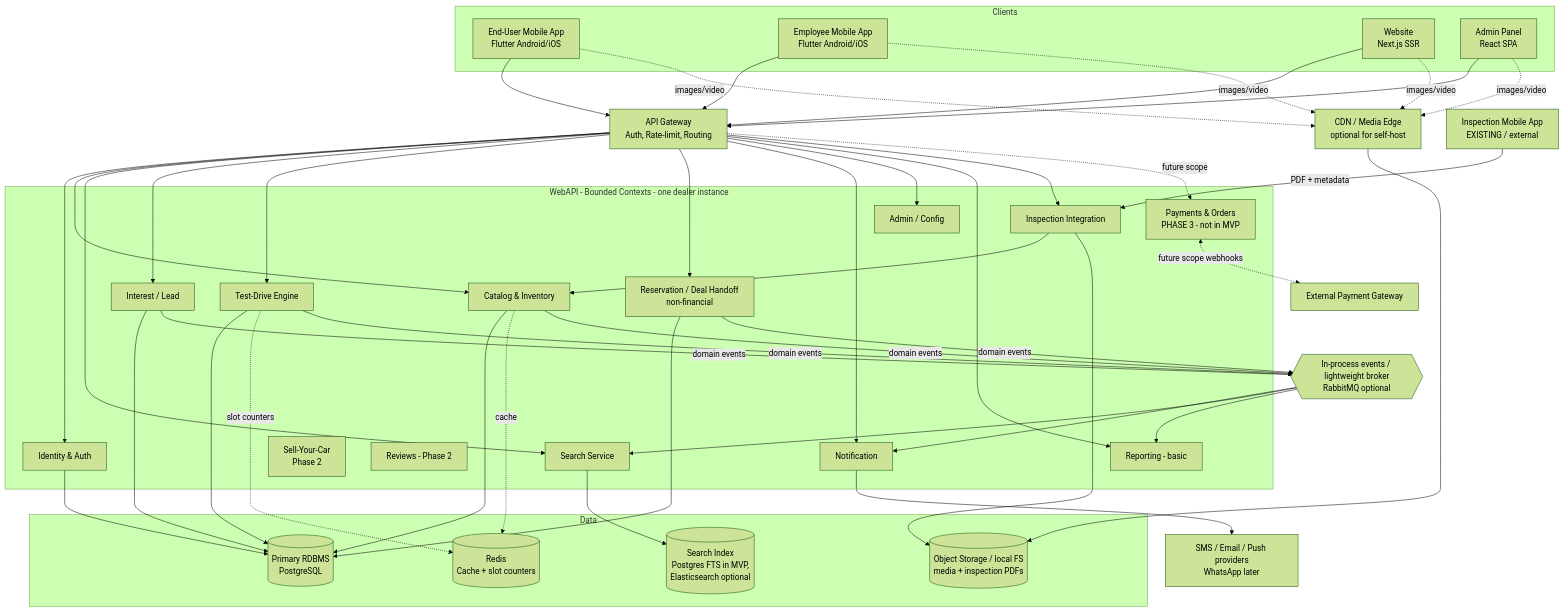
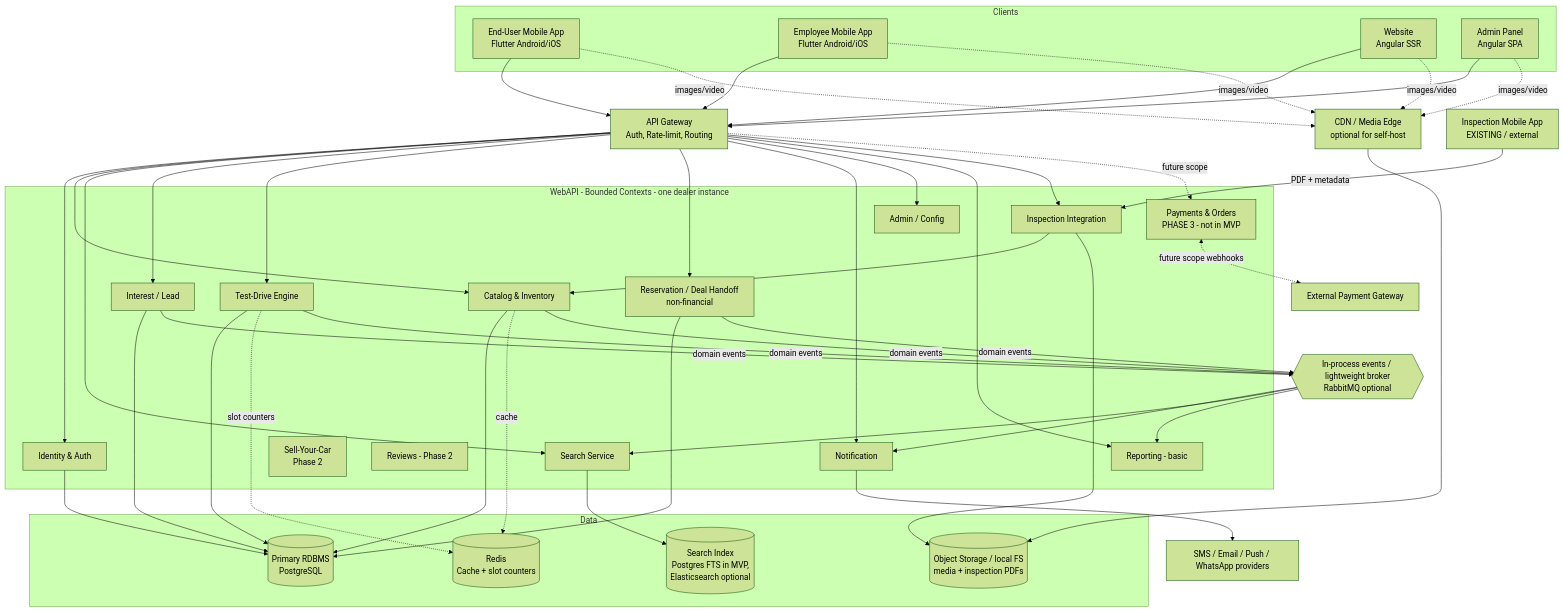
The second of 27 diagrams in Docs/Solution-Design-Document.md (NiladriPadhy/AssureCars), drawn with Mermaid (forest theme) before and after one commit. The commit also changed other lines of this file and 6 other files, not shown here.

Commit message:
docs: update README, API documentation, and Solution Design Document to reflect version 3.0 changes, including buyer hub visibility, staff-only reservation model, unified roles, and finalized web stack; enhance user experience with WhatsApp notifications and 40 km service radius for test drives

````diff
--- a/Docs/Solution-Design-Document.md
+++ b/Docs/Solution-Design-Document.md
@@ -225,63 +226,63 @@
 ```mermaid
 flowchart TB
     subgraph Clients
         UA[End-User Mobile App<br/>Flutter Android/iOS]
         EA[Employee Mobile App<br/>Flutter Android/iOS]
-        WEB[Website<br/>Next.js SSR]
-        ADM[Admin Panel<br/>React SPA]
+        WEB[Website<br/>Angular SSR]
+        ADM[Admin Panel<br/>Angular SPA]
     end
 
     CDN[CDN / Media Edge<br/>optional for self-host]
     GW[API Gateway<br/>Auth, Rate-limit, Routing]
 
     subgraph Backend[WebAPI - Bounded Contexts - one dealer instance]
         IDN[Identity & Auth]
         CAT[Catalog & Inventory]
         SRCH[Search Service]
         LEAD[Interest / Lead]
         TD[Test-Drive Engine]
         RES[Reservation / Deal Handoff<br/>non-financial]
         NOTIF[Notification]
         ADMS[Admin / Config]
         RPT[Reporting - basic]
         INTG[Inspection Integration]
         PAY[Payments & Orders<br/>PHASE 3 - not in MVP]
         SELL[Sell-Your-Car<br/>Phase 2]
         REV[Reviews - Phase 2]
     end
 
     subgraph Data
         SQL[(Primary RDBMS<br/>PostgreSQL)]
         REDIS[(Redis<br/>Cache + slot counters)]
         BLOB[(Object Storage / local FS<br/>media + inspection PDFs)]
         ES[(Search Index<br/>Postgres FTS in MVP,<br/>Elasticsearch optional)]
     end
 
     BUS{{In-process events / lightweight broker<br/>RabbitMQ optional}}
 
     UA & EA & WEB & ADM --> GW
     UA & EA & WEB & ADM -. images/video .-> CDN --> BLOB
     GW --> IDN & CAT & SRCH & LEAD & TD & RES & NOTIF & ADMS & RPT & INTG
 
     CAT --> SQL
     LEAD --> SQL
     TD --> SQL
     RES --> SQL
     IDN --> SQL
     SRCH --> ES
     TD -. slot counters .-> REDIS
     CAT -. cache .-> REDIS
 
     CAT & LEAD & TD & RES -->|domain events| BUS
     BUS --> NOTIF
     BUS --> SRCH
     BUS --> RPT
-    NOTIF --> EXT[SMS / Email / Push providers<br/>WhatsApp later]
+    NOTIF --> EXT[SMS / Email / Push / WhatsApp providers]
 
     INSP[Inspection Mobile App<br/>EXISTING / external] -->|PDF + metadata| INTG
     INTG --> CAT
     INTG --> BLOB
 
     PAY <-.->|future scope webhooks| PG[External Payment Gateway]
     GW -. future scope .-> PAY
 ```
````
